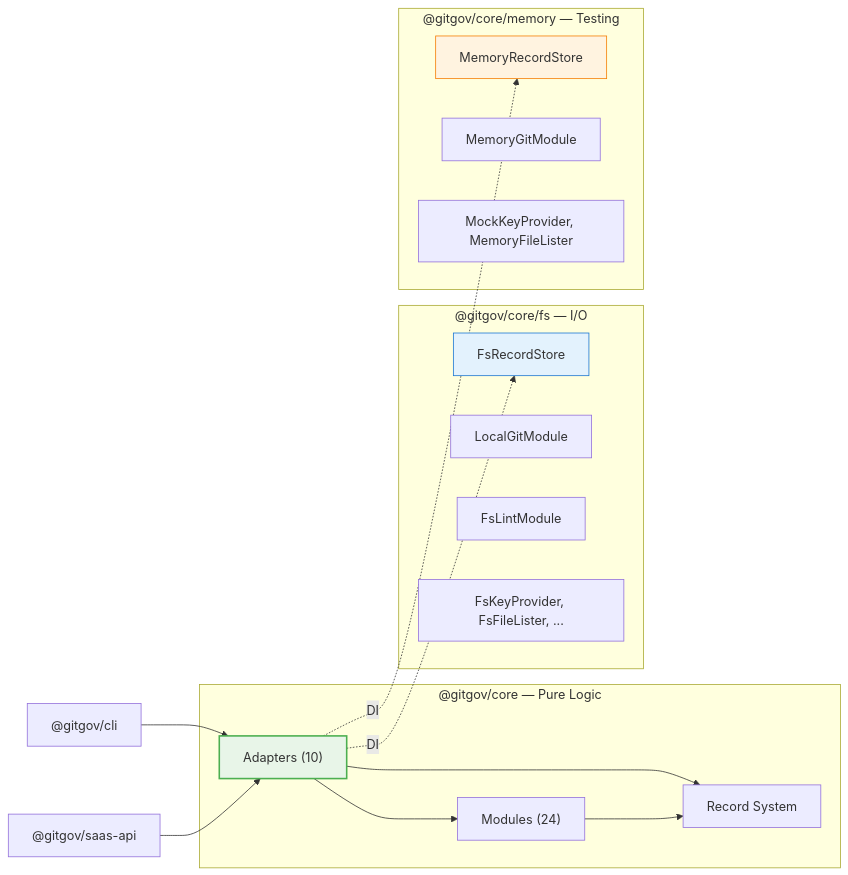
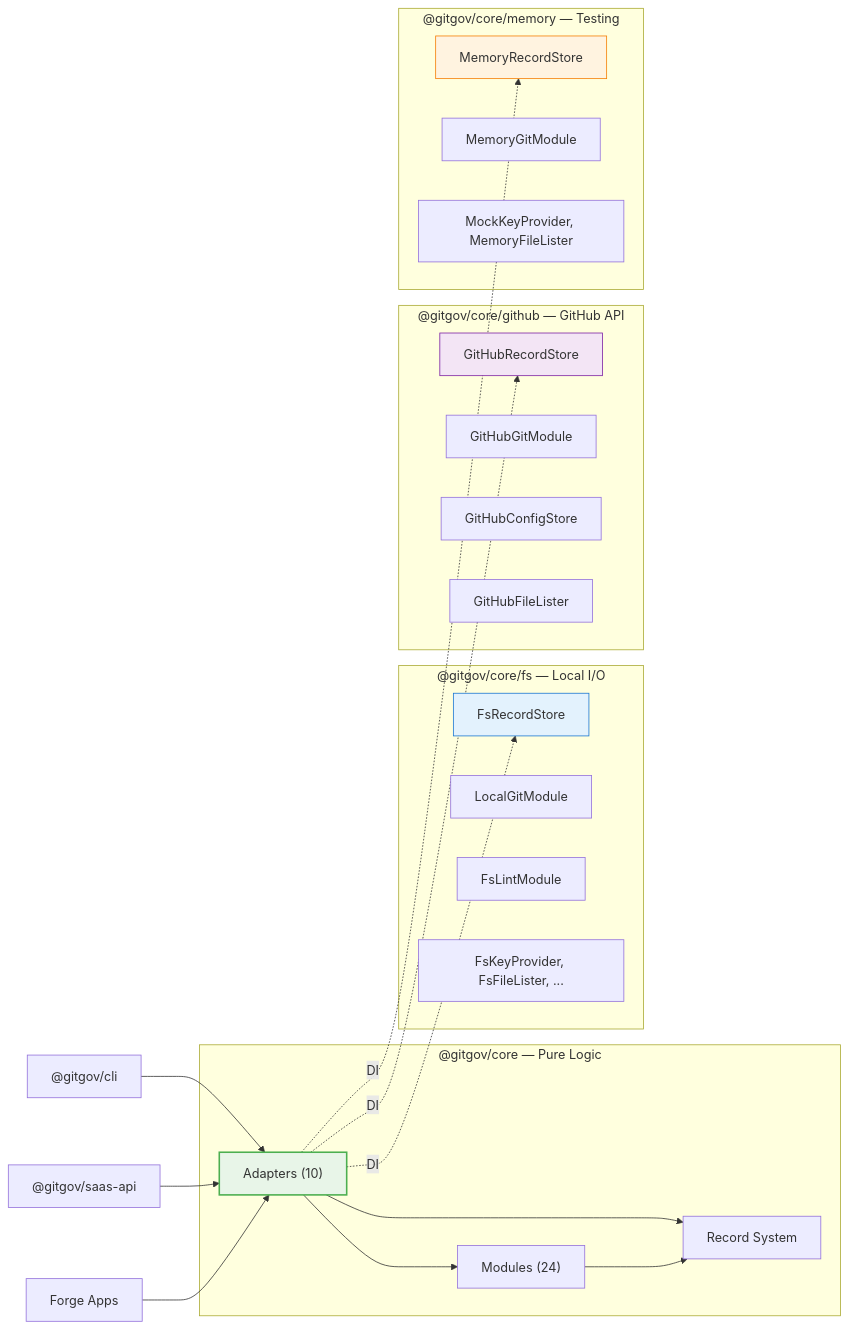
The diagram in packages/core/README.md (gitgovernance/monorepo), drawn with Mermaid before and after one commit. The commit also changed other lines of this file, not shown here.

First line of the commit message:
docs(core): add @gitgov/core/github export path to README

````diff
--- a/packages/core/README.md
+++ b/packages/core/README.md
@@ -47,35 +83,45 @@
 ```mermaid
 graph LR
     subgraph "@gitgov/core — Pure Logic"
         Adapters["Adapters (10)"]
         Modules["Modules (24)"]
         Records["Record System"]
 
         Adapters --> Modules
         Adapters --> Records
         Modules --> Records
     end
 
-    subgraph "@gitgov/core/fs — I/O"
+    subgraph "@gitgov/core/fs — Local I/O"
         FsStore["FsRecordStore"]
         FsGit["LocalGitModule"]
         FsLint["FsLintModule"]
         FsOther["FsKeyProvider, FsFileLister, ..."]
+    end
+
+    subgraph "@gitgov/core/github — GitHub API"
+        GhStore["GitHubRecordStore"]
+        GhGit["GitHubGitModule"]
+        GhConfig["GitHubConfigStore"]
+        GhFiles["GitHubFileLister"]
     end
 
     subgraph "@gitgov/core/memory — Testing"
         MemStore["MemoryRecordStore"]
         MemGit["MemoryGitModule"]
         MemOther["MockKeyProvider, MemoryFileLister"]
     end
 
     Adapters -.->|DI| FsStore
+    Adapters -.->|DI| GhStore
     Adapters -.->|DI| MemStore
 
     CLI["@gitgov/cli"] --> Adapters
     SaaS["@gitgov/saas-api"] --> Adapters
+    Forge["Forge Apps"] --> Adapters
 
     style Adapters fill:#e8f5e8,stroke:#4caf50,stroke-width:2px
     style FsStore fill:#e3f2fd,stroke:#1976d2
+    style GhStore fill:#f3e5f5,stroke:#7b1fa2
     style MemStore fill:#fff3e0,stroke:#f57c00
 ```
````
